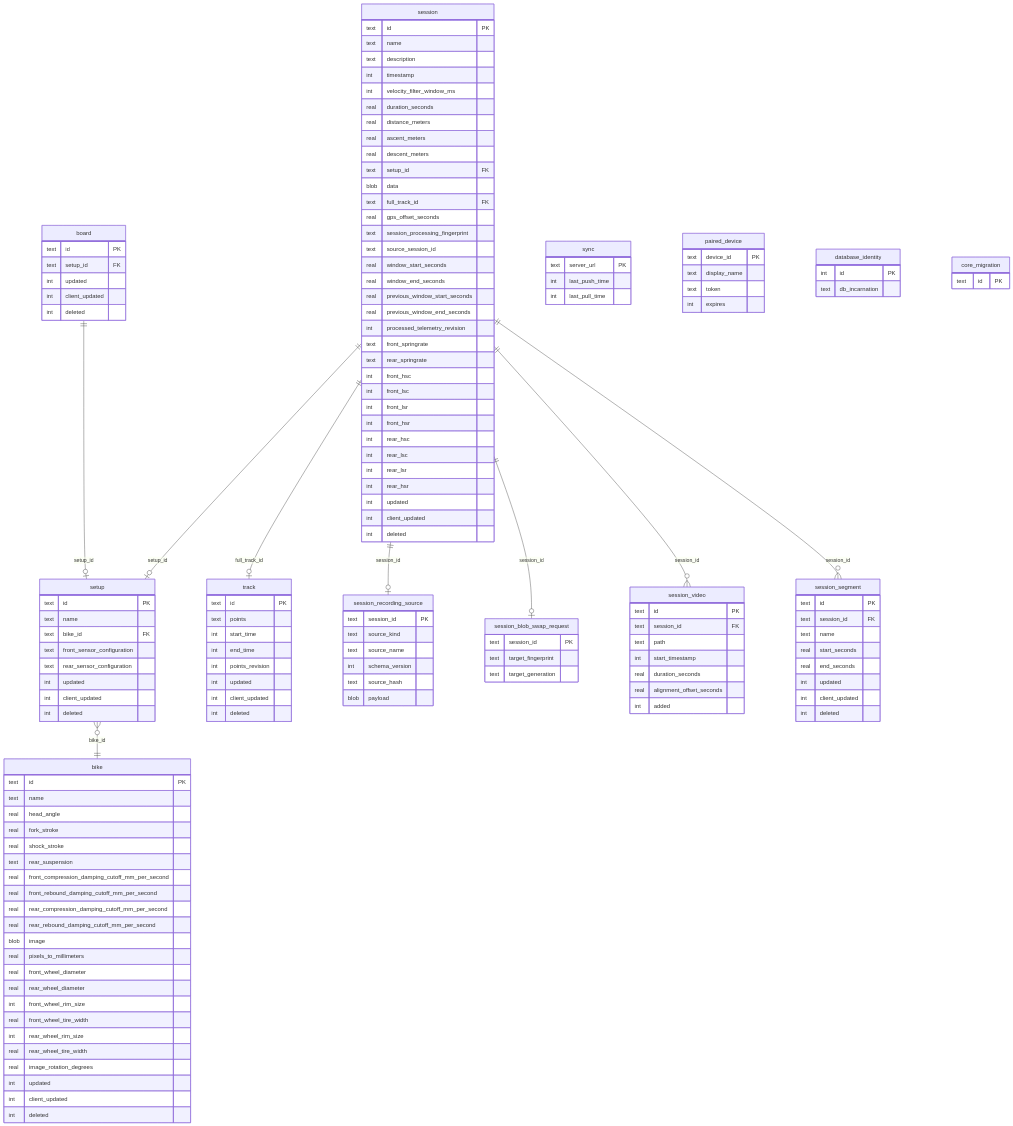
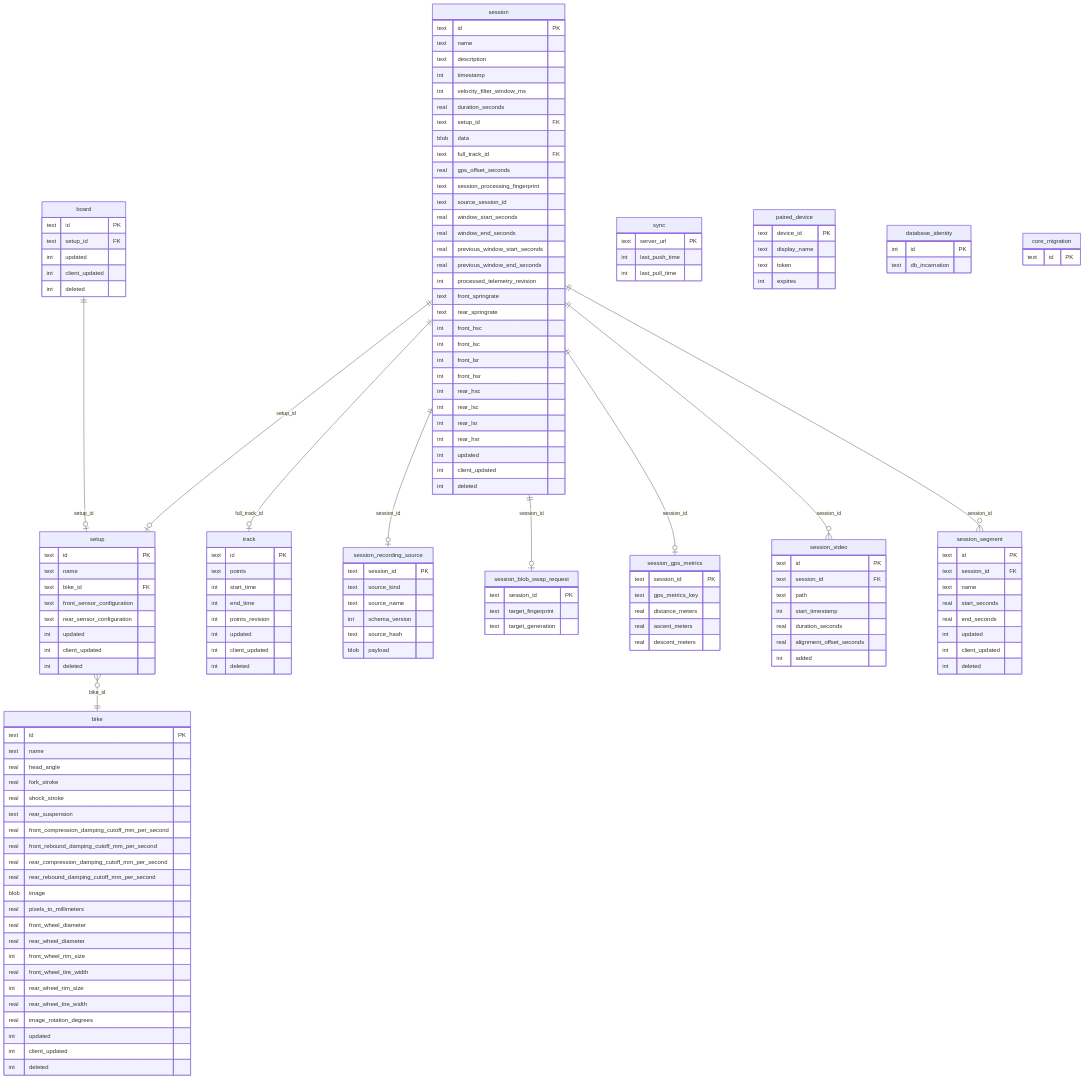
The diagram in docs/architecture/persistence.md (MoridinBG/Sufni.app), drawn with Mermaid before and after one commit. The commit also changed other lines of this file and 52 other files, not shown here.

Commit message:
Materialize GPS metrics locally from committed track inputs

```diff
--- a/docs/architecture/persistence.md
+++ b/docs/architecture/persistence.md
@@ -10,6 +10,7 @@
     session ||--o| track : "full_track_id"
     session ||--o| session_recording_source : "session_id"
     session ||--o| session_blob_swap_request : "session_id"
+    session ||--o| session_gps_metrics : "session_id"
     session ||--o{ session_video : "session_id"
     session ||--o{ session_segment : "session_id"
     setup }o--|| bike : "bike_id"
@@ -22,9 +23,6 @@
         int timestamp
         int velocity_filter_window_ms
         real duration_seconds
-        real distance_meters
-        real ascent_meters
-        real descent_meters
         text setup_id FK
         blob data
         text full_track_id FK
@@ -49,6 +47,14 @@
         int updated
         int client_updated
         int deleted
+    }
+
+    session_gps_metrics {
+        text session_id PK
+        text gps_metrics_key
+        real distance_meters
+        real ascent_meters
+        real descent_meters
     }
 
     session_recording_source {
```
